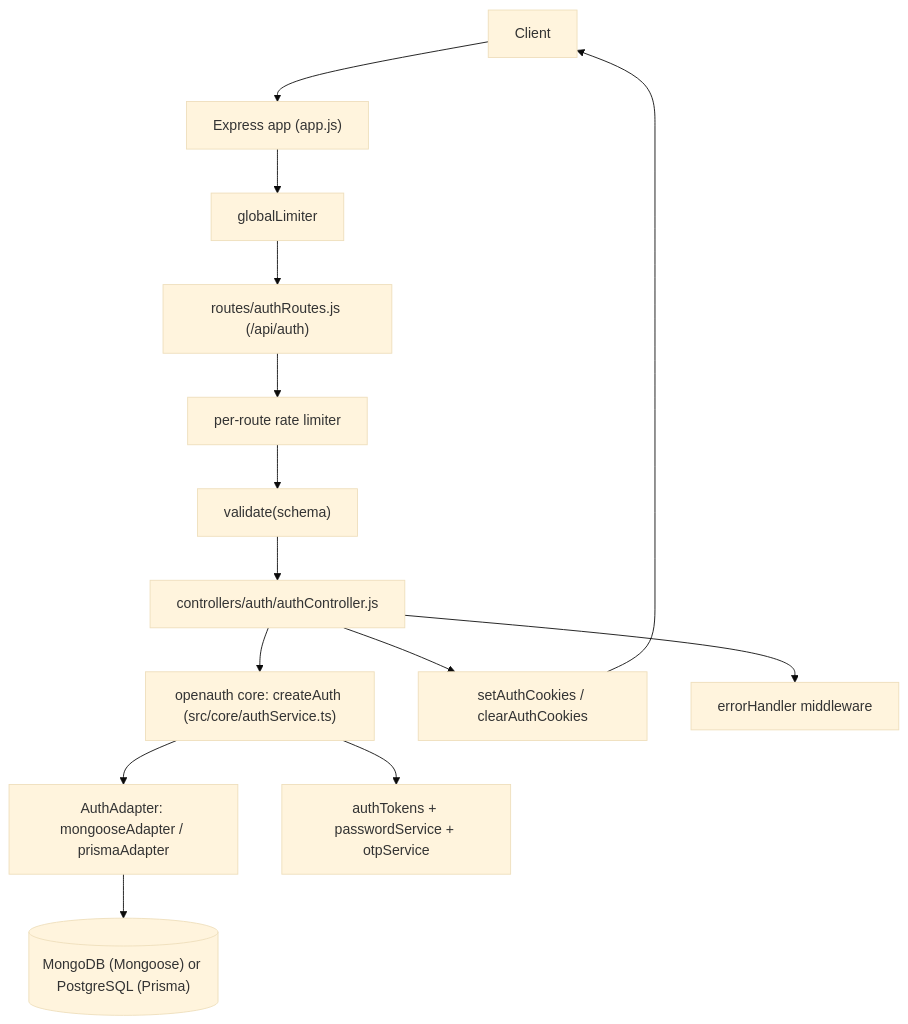
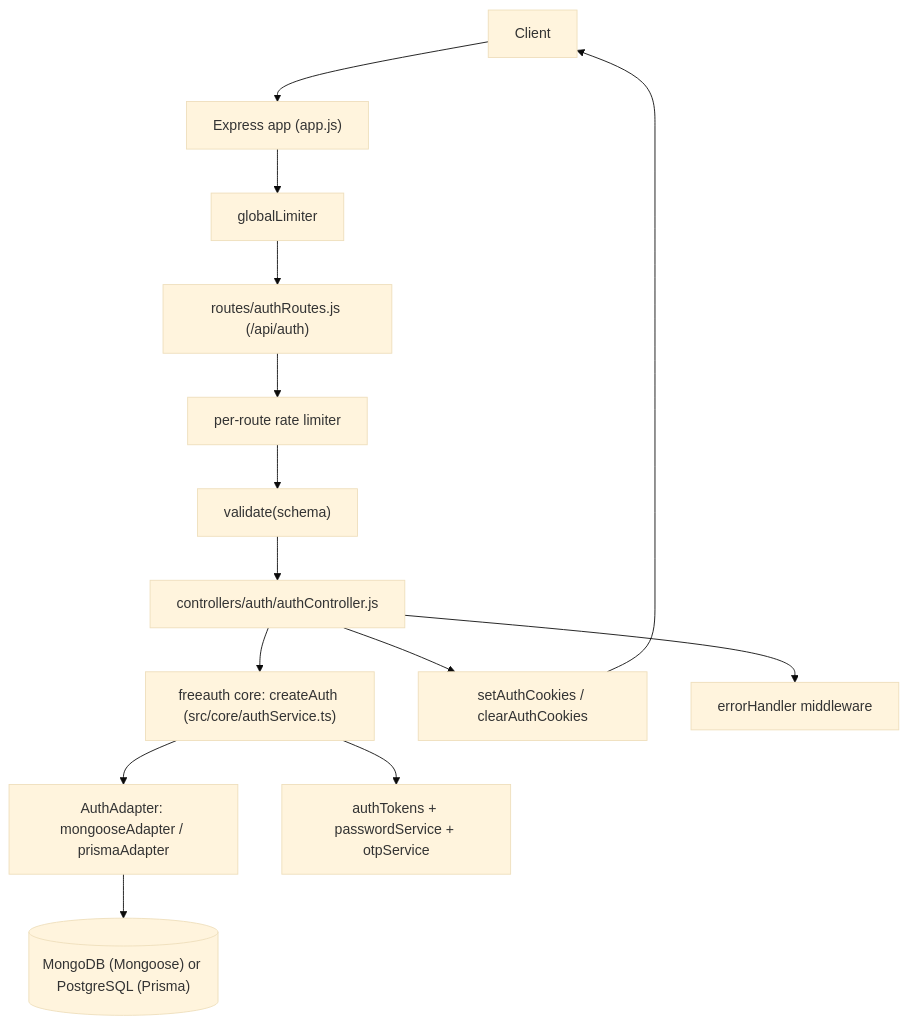
The first of 3 diagrams in docs/backend-api-doc.md (abdrahman-dev/freeauth-site), drawn with Mermaid (base theme) before and after one commit. The commit also changed other lines of this file and 30 other files, not shown here.

````diff
--- a/docs/backend-api-doc.md
+++ b/docs/backend-api-doc.md
@@ -64,16 +64,16 @@
 ```mermaid
 flowchart TD
     Client --> ExpressApp["Express app (app.js)"]
     ExpressApp --> GlobalLimiter["globalLimiter"]
     GlobalLimiter --> Router["routes/authRoutes.js (/api/auth)"]
     Router --> RouteLimiter["per-route rate limiter"]
     RouteLimiter --> Validate["validate(schema)"]
     Validate --> Controller["controllers/auth/authController.js"]
-    Controller --> Core["openauth core: createAuth (src/core/authService.ts)"]
+    Controller --> Core["freeauth core: createAuth (src/core/authService.ts)"]
     Core --> Adapter["AuthAdapter: mongooseAdapter / prismaAdapter"]
     Adapter --> DB[("MongoDB (Mongoose) or PostgreSQL (Prisma)")]
     Core --> Tokens["authTokens + passwordService + otpService"]
     Controller --> Cookies["setAuthCookies / clearAuthCookies"]
     Cookies --> Client
     Controller --> ErrorMW["errorHandler middleware"]
 ```
````
